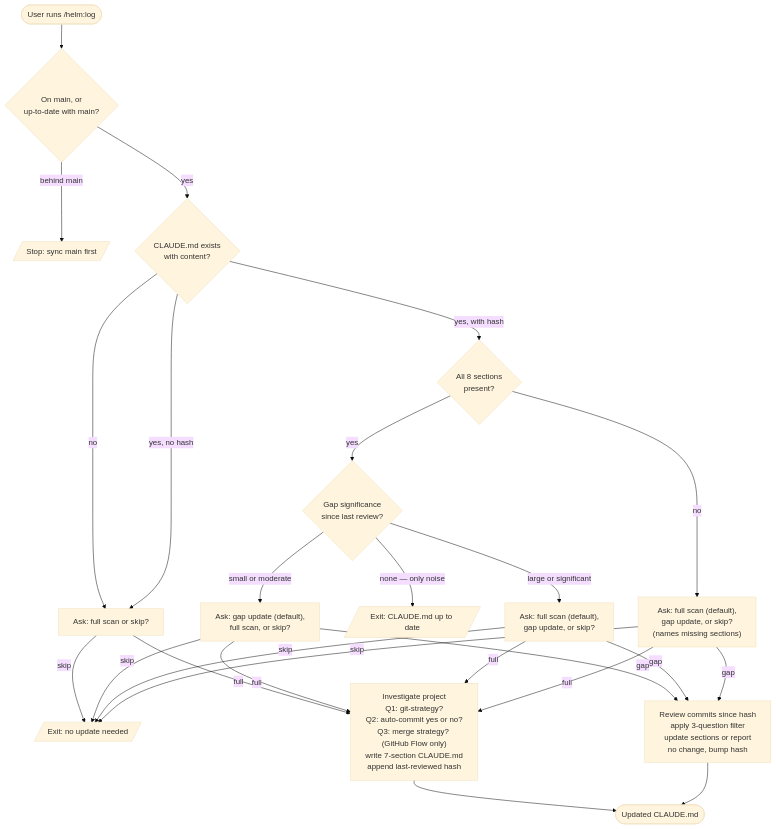
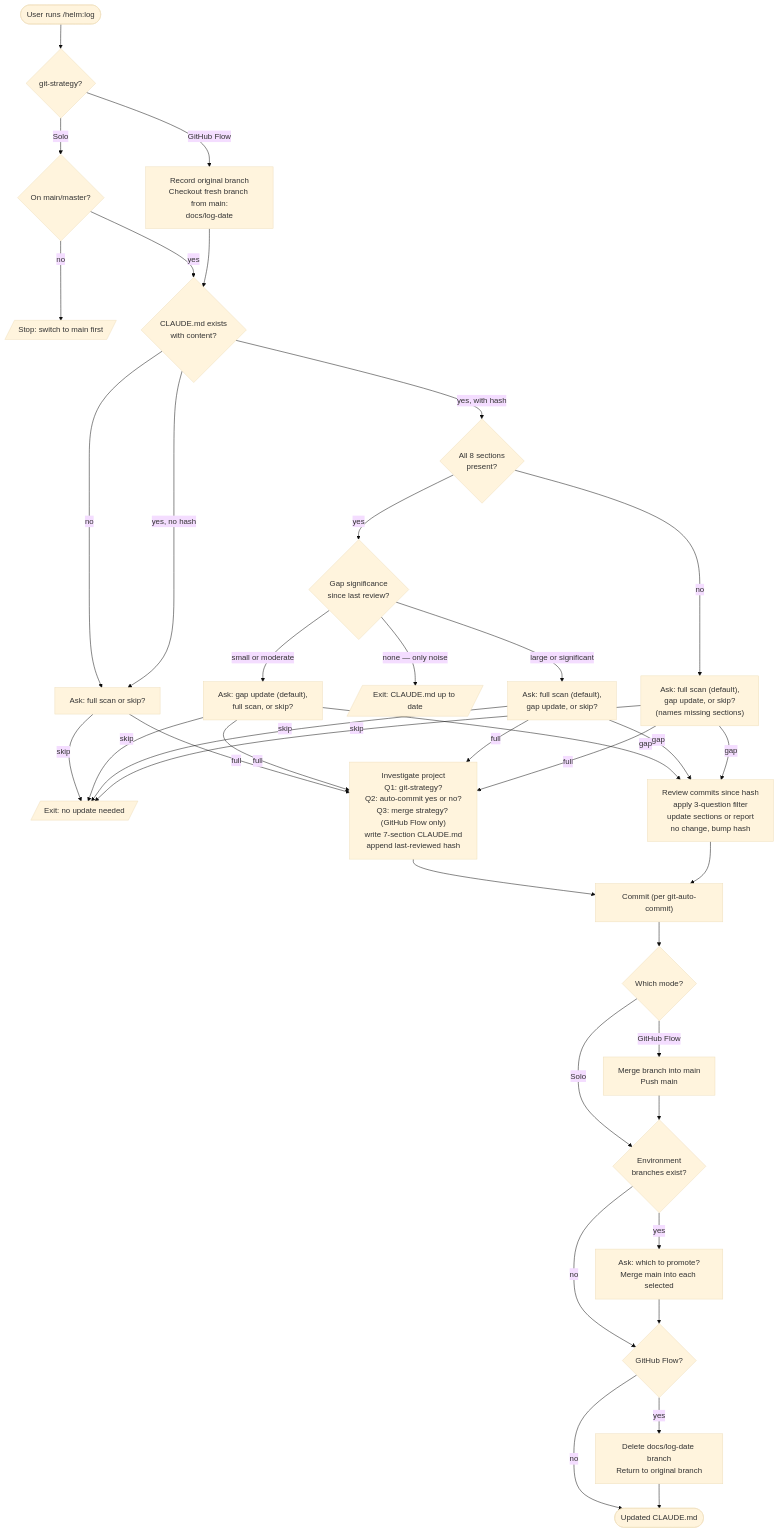
Before and after one commit to myowinthein/agent-helm: the diagram in docs/commands/log.md, drawn with Mermaid (base theme). The commit also changed other lines of this file and 4 other files, not shown here.

````diff
--- a/docs/commands/log.md
+++ b/docs/commands/log.md
@@ -13,34 +13,54 @@
 ```mermaid
 flowchart TD
-  Start([User runs /helm:log]) --> Branch{On main, or<br/>up-to-date with main?}
-  Branch -->|behind main| StopSync[/Stop: sync main first/]
-  Branch -->|yes| Exists{CLAUDE.md exists<br/>with content?}
+  Start([User runs /helm:log]) --> Strategy{git-strategy?}
+  Strategy -->|Solo| SoloCheck{On main/master?}
+  SoloCheck -->|no| StopSolo[/Stop: switch to main first/]
+  SoloCheck -->|yes| Exists
+  Strategy -->|GitHub Flow| Fresh[Record original branch<br/>Checkout fresh branch from main:<br/>docs/log-date]
+  Fresh --> Exists
+
+  Exists{CLAUDE.md exists<br/>with content?}
 
   Exists -->|no| Mode1[Ask: full scan or skip?]
   Exists -->|yes, no hash| Mode1
   Exists -->|yes, with hash| Schema{All 8 sections<br/>present?}
 
   Schema -->|no| Mode4["Ask: full scan (default),<br/>gap update, or skip?<br/>(names missing sections)"]
   Schema -->|yes| Gap{Gap significance<br/>since last review?}
 
   Gap -->|none — only noise| UpToDate[/Exit: CLAUDE.md up to date/]
   Gap -->|small or moderate| Mode2["Ask: gap update (default),<br/>full scan, or skip?"]
   Gap -->|large or significant| Mode3["Ask: full scan (default),<br/>gap update, or skip?"]
 
   Mode1 -->|skip| Skip[/Exit: no update needed/]
   Mode1 -->|full| Full
   Mode2 -->|skip| Skip
   Mode2 -->|full| Full
   Mode2 -->|gap| GapPath
   Mode3 -->|skip| Skip
   Mode3 -->|full| Full
   Mode3 -->|gap| GapPath
   Mode4 -->|skip| Skip
   Mode4 -->|full| Full
   Mode4 -->|gap| GapPath
 
-  Full["Investigate project<br/>Q1: git-strategy?<br/>Q2: auto-commit yes or no?<br/>Q3: merge strategy? (GitHub Flow only)<br/>write 7-section CLAUDE.md<br/>append last-reviewed hash"] --> Done
-  GapPath[Review commits since hash<br/>apply 3-question filter<br/>update sections or report<br/>no change, bump hash] --> Done
+  Full["Investigate project<br/>Q1: git-strategy?<br/>Q2: auto-commit yes or no?<br/>Q3: merge strategy? (GitHub Flow only)<br/>write 7-section CLAUDE.md<br/>append last-reviewed hash"] --> Commit
+  GapPath[Review commits since hash<br/>apply 3-question filter<br/>update sections or report<br/>no change, bump hash] --> Commit
+
+  Commit["Commit (per git-auto-commit)"] --> SoloOrFlow{Which mode?}
+  SoloOrFlow -->|Solo| Promote
+  SoloOrFlow -->|GitHub Flow| MergeMain[Merge branch into main<br/>Push main]
+  MergeMain --> Promote
+
+  Promote{Environment<br/>branches exist?}
+  Promote -->|yes| PromoteAsk[Ask: which to promote?<br/>Merge main into each selected]
+  Promote -->|no| Cleanup
+  PromoteAsk --> Cleanup
+
+  Cleanup{GitHub Flow?}
+  Cleanup -->|yes| DeleteBranch[Delete docs/log-date branch<br/>Return to original branch]
+  Cleanup -->|no| Done
+  DeleteBranch --> Done
 
   Done([Updated CLAUDE.md])
 ```
````
